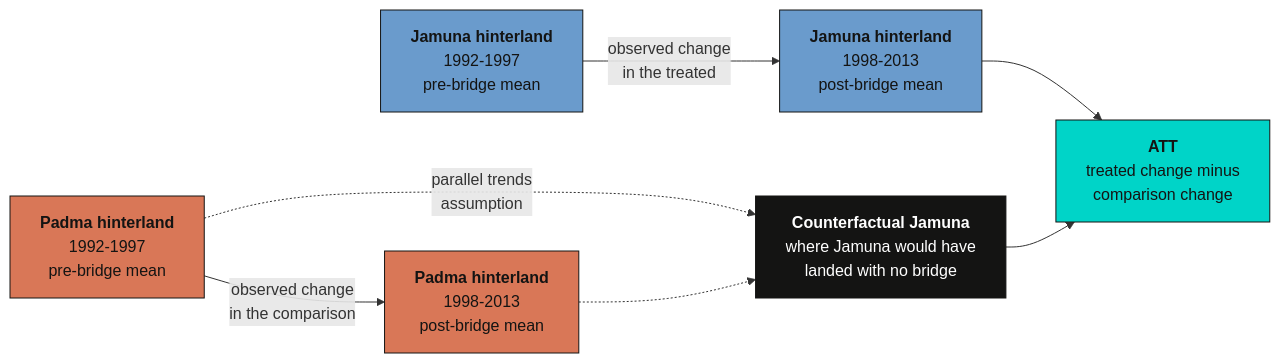
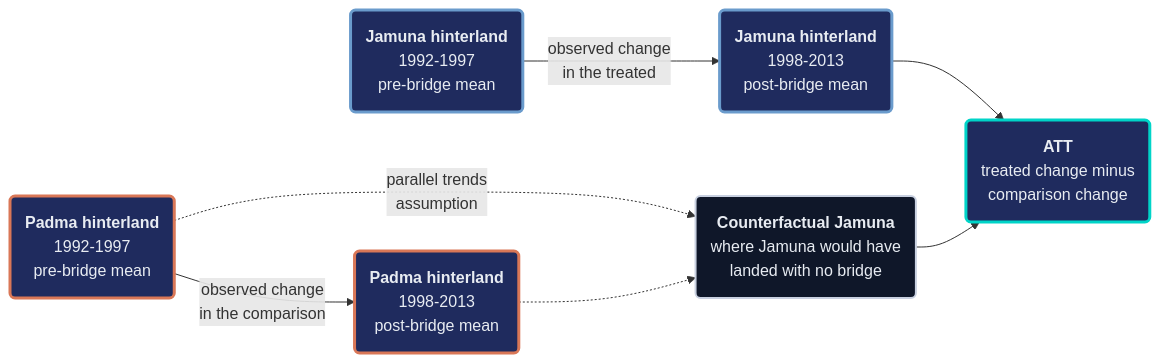
One commit to cmg777/starter-academic-v501 changed the second of 5 diagrams in content/post/python_bridge_impact/index.md. Above: the diagram before and after it, drawn with Mermaid. The commit also changed other lines of this file and 16 other files, not shown here.

First line of the commit message:
content(mermaid): restyle flowcharts in Python posts, batch 1 of 2

````diff
--- a/content/post/python_bridge_impact/index.md
+++ b/content/post/python_bridge_impact/index.md
@@ -358,16 +357,17 @@
 ```mermaid
 graph LR
-    J0["<b>Jamuna hinterland</b><br/>1992-1997<br/>pre-bridge mean"] -->|"observed change<br/>in the treated"| J1["<b>Jamuna hinterland</b><br/>1998-2013<br/>post-bridge mean"]
-    P0["<b>Padma hinterland</b><br/>1992-1997<br/>pre-bridge mean"] -->|"observed change<br/>in the comparison"| P1["<b>Padma hinterland</b><br/>1998-2013<br/>post-bridge mean"]
-    P0 -.->|"parallel trends<br/>assumption"| CF["<b>Counterfactual Jamuna</b><br/>where Jamuna would have<br/>landed with no bridge"]
+    J0("<b>Jamuna hinterland</b><br/>1992-1997<br/>pre-bridge mean") -->|"observed change<br/>in the treated"| J1("<b>Jamuna hinterland</b><br/>1998-2013<br/>post-bridge mean")
+    P0("<b>Padma hinterland</b><br/>1992-1997<br/>pre-bridge mean") -->|"observed change<br/>in the comparison"| P1("<b>Padma hinterland</b><br/>1998-2013<br/>post-bridge mean")
+    P0 -.->|"parallel trends<br/>assumption"| CF("<b>Counterfactual Jamuna</b><br/>where Jamuna would have<br/>landed with no bridge")
     P1 -.-> CF
-    J1 --> ATT["<b>ATT</b><br/>treated change minus<br/>comparison change"]
+    J1 --> ATT("<b>ATT</b><br/>treated change minus<br/>comparison change")
     CF --> ATT
-
-    style J0 fill:#6a9bcc,stroke:#141413,color:#141413
-    style J1 fill:#6a9bcc,stroke:#141413,color:#141413
-    style P0 fill:#d97757,stroke:#141413,color:#141413
-    style P1 fill:#d97757,stroke:#141413,color:#141413
-    style CF fill:#141413,stroke:#141413,color:#fff
-    style ATT fill:#00d4c8,stroke:#141413,color:#141413
+    classDef blue fill:#1f2b5e,stroke:#6a9bcc,stroke-width:3px,color:#e8ecf2
+    classDef orange fill:#1f2b5e,stroke:#d97757,stroke-width:3px,color:#e8ecf2
+    classDef anchor fill:#0f1729,stroke:#c8d0e0,stroke-width:2px,color:#e8ecf2
+    classDef teal fill:#1f2b5e,stroke:#00d4c8,stroke-width:3px,color:#e8ecf2
+    class J0,J1 blue
+    class P0,P1 orange
+    class CF anchor
+    class ATT teal
 ```
````
